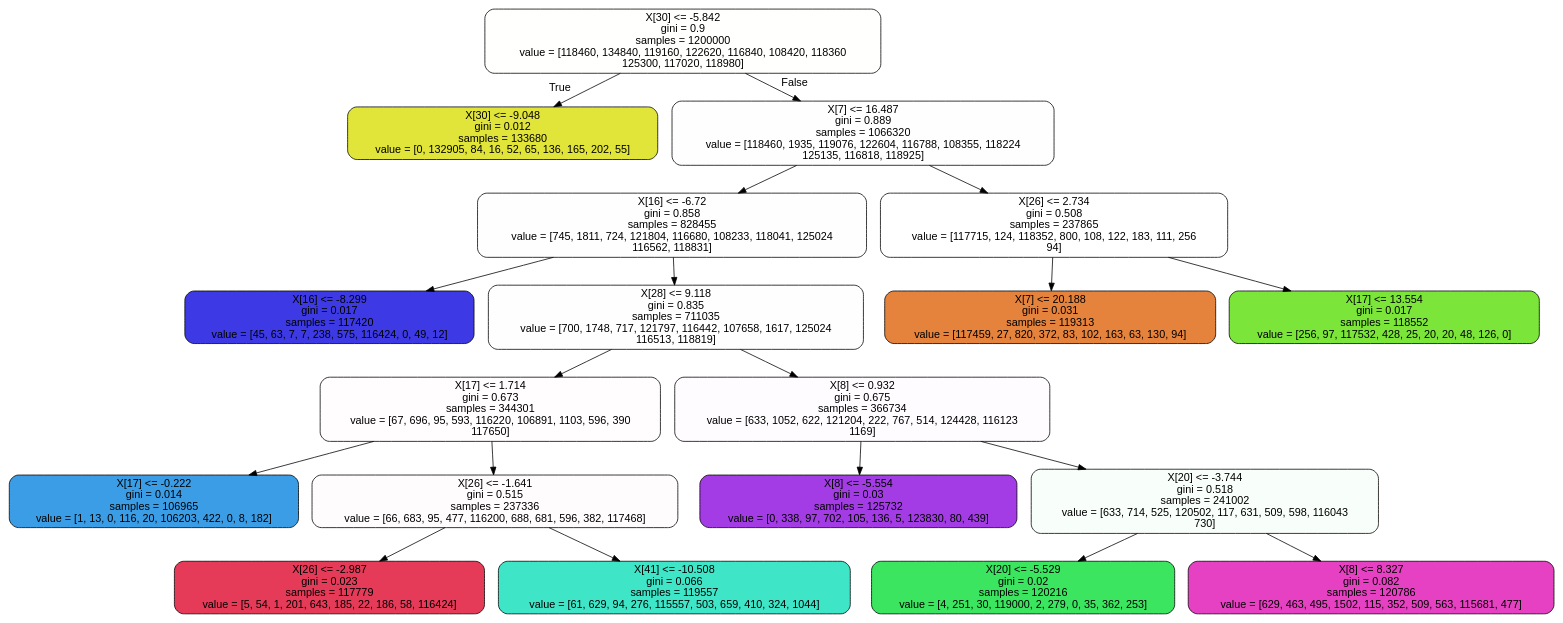
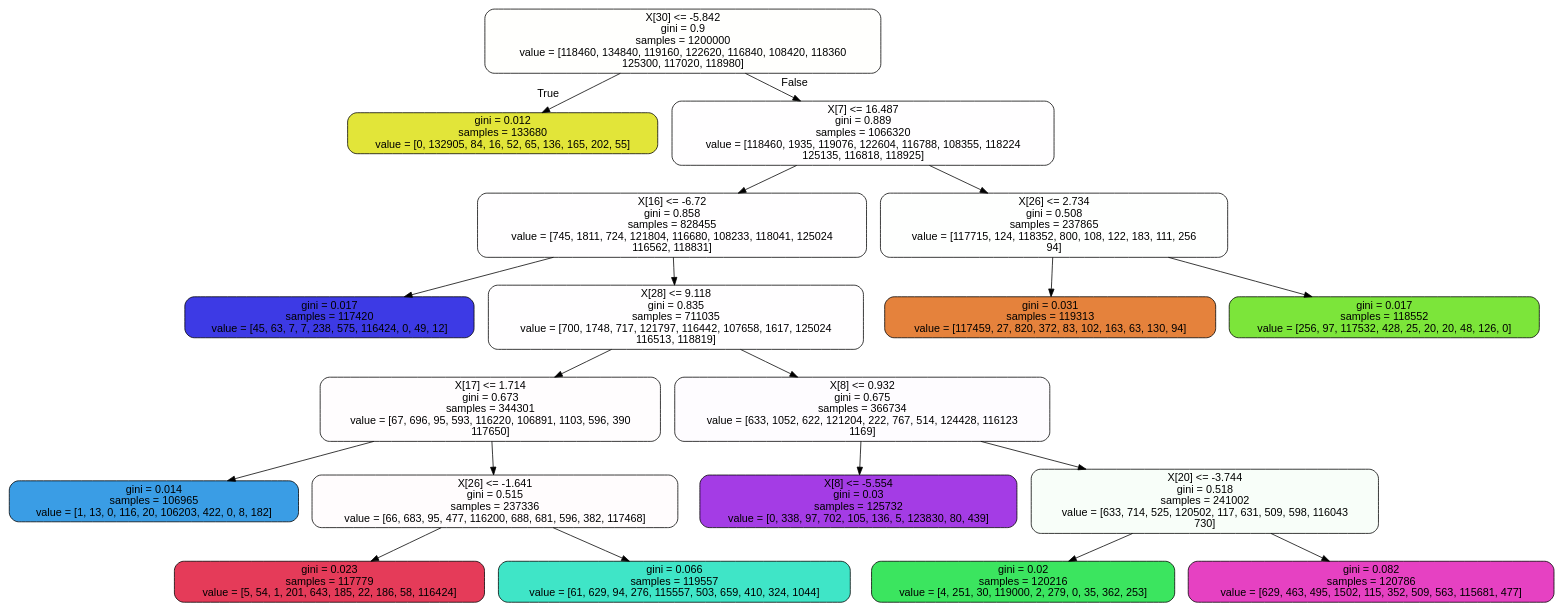
Before and after one commit to DrKwint/sounds-deep: the diagram in cpvae_mnist/ddt_trimmed_epoch238.dot, drawn with Graphviz. The commit also changed 1 other file, not shown here.

```diff
--- a/cpvae_mnist/ddt_trimmed_epoch238.dot
+++ b/cpvae_mnist/ddt_trimmed_epoch238.dot
@@ -1,41 +1,41 @@
 digraph Tree {
 node [shape=box, style="filled, rounded", color="black", fontname=helvetica] ;
 edge [fontname=helvetica] ;
 0 [label="X[30] <= -5.842\ngini = 0.9\nsamples = 1200000\nvalue = [118460, 134840, 119160, 122620, 116840, 108420, 118360\n125300, 117020, 118980]", fillcolor="#e2e53902"] ;
-1 [label="X[30] <= -9.048\ngini = 0.012\nsamples = 133680\nvalue = [0, 132905, 84, 16, 52, 65, 136, 165, 202, 55]", fillcolor="#e2e539fe"] ;
+1 [label="gini = 0.012\nsamples = 133680\nvalue = [0, 132905, 84, 16, 52, 65, 136, 165, 202, 55]", fillcolor="#e2e539fe"] ;
 0 -> 1 [labeldistance=2.5, labelangle=45, headlabel="True"] ;
 2 [label="X[7] <= 16.487\ngini = 0.889\nsamples = 1066320\nvalue = [118460, 1935, 119076, 122604, 116788, 108355, 118224\n125135, 116818, 118925]", fillcolor="#a339e501"] ;
 0 -> 2 [labeldistance=2.5, labelangle=-45, headlabel="False"] ;
 3 [label="X[16] <= -6.72\ngini = 0.858\nsamples = 828455\nvalue = [745, 1811, 724, 121804, 116680, 108233, 118041, 125024\n116562, 118831]", fillcolor="#a339e501"] ;
 2 -> 3 ;
-7 [label="X[16] <= -8.299\ngini = 0.017\nsamples = 117420\nvalue = [45, 63, 7, 7, 238, 575, 116424, 0, 49, 12]", fillcolor="#3c39e5fd"] ;
+7 [label="gini = 0.017\nsamples = 117420\nvalue = [45, 63, 7, 7, 238, 575, 116424, 0, 49, 12]", fillcolor="#3c39e5fd"] ;
 3 -> 7 ;
 8 [label="X[28] <= 9.118\ngini = 0.835\nsamples = 711035\nvalue = [700, 1748, 717, 121797, 116442, 107658, 1617, 125024\n116513, 118819]", fillcolor="#a339e501"] ;
 3 -> 8 ;
 9 [label="X[17] <= 1.714\ngini = 0.673\nsamples = 344301\nvalue = [67, 696, 95, 593, 116220, 106891, 1103, 596, 390\n117650]", fillcolor="#e5395802"] ;
 8 -> 9 ;
-15 [label="X[17] <= -0.222\ngini = 0.014\nsamples = 106965\nvalue = [1, 13, 0, 116, 20, 106203, 422, 0, 8, 182]", fillcolor="#399de5fd"] ;
+15 [label="gini = 0.014\nsamples = 106965\nvalue = [1, 13, 0, 116, 20, 106203, 422, 0, 8, 182]", fillcolor="#399de5fd"] ;
 9 -> 15 ;
 16 [label="X[26] <= -1.641\ngini = 0.515\nsamples = 237336\nvalue = [66, 683, 95, 477, 116200, 688, 681, 596, 382, 117468]", fillcolor="#e5395803"] ;
 9 -> 16 ;
-17 [label="X[26] <= -2.987\ngini = 0.023\nsamples = 117779\nvalue = [5, 54, 1, 201, 643, 185, 22, 186, 58, 116424]", fillcolor="#e53958fc"] ;
+17 [label="gini = 0.023\nsamples = 117779\nvalue = [5, 54, 1, 201, 643, 185, 22, 186, 58, 116424]", fillcolor="#e53958fc"] ;
 16 -> 17 ;
-18 [label="X[41] <= -10.508\ngini = 0.066\nsamples = 119557\nvalue = [61, 629, 94, 276, 115557, 503, 659, 410, 324, 1044]", fillcolor="#39e5c5f6"] ;
+18 [label="gini = 0.066\nsamples = 119557\nvalue = [61, 629, 94, 276, 115557, 503, 659, 410, 324, 1044]", fillcolor="#39e5c5f6"] ;
 16 -> 18 ;
 10 [label="X[8] <= 0.932\ngini = 0.675\nsamples = 366734\nvalue = [633, 1052, 622, 121204, 222, 767, 514, 124428, 116123\n1169]", fillcolor="#a339e503"] ;
 8 -> 10 ;
 11 [label="X[8] <= -5.554\ngini = 0.03\nsamples = 125732\nvalue = [0, 338, 97, 702, 105, 136, 5, 123830, 80, 439]", fillcolor="#a339e5fb"] ;
 10 -> 11 ;
 12 [label="X[20] <= -3.744\ngini = 0.518\nsamples = 241002\nvalue = [633, 714, 525, 120502, 117, 631, 509, 598, 116043\n730]", fillcolor="#39e55e09"] ;
 10 -> 12 ;
-13 [label="X[20] <= -5.529\ngini = 0.02\nsamples = 120216\nvalue = [4, 251, 30, 119000, 2, 279, 0, 35, 362, 253]", fillcolor="#39e55efc"] ;
+13 [label="gini = 0.02\nsamples = 120216\nvalue = [4, 251, 30, 119000, 2, 279, 0, 35, 362, 253]", fillcolor="#39e55efc"] ;
 12 -> 13 ;
-14 [label="X[8] <= 8.327\ngini = 0.082\nsamples = 120786\nvalue = [629, 463, 495, 1502, 115, 352, 509, 563, 115681, 477]", fillcolor="#e539c0f4"] ;
+14 [label="gini = 0.082\nsamples = 120786\nvalue = [629, 463, 495, 1502, 115, 352, 509, 563, 115681, 477]", fillcolor="#e539c0f4"] ;
 12 -> 14 ;
 4 [label="X[26] <= 2.734\ngini = 0.508\nsamples = 237865\nvalue = [117715, 124, 118352, 800, 108, 122, 183, 111, 256\n94]", fillcolor="#7be53901"] ;
 2 -> 4 ;
-5 [label="X[7] <= 20.188\ngini = 0.031\nsamples = 119313\nvalue = [117459, 27, 820, 372, 83, 102, 163, 63, 130, 94]", fillcolor="#e58139fb"] ;
+5 [label="gini = 0.031\nsamples = 119313\nvalue = [117459, 27, 820, 372, 83, 102, 163, 63, 130, 94]", fillcolor="#e58139fb"] ;
 4 -> 5 ;
-6 [label="X[17] <= 13.554\ngini = 0.017\nsamples = 118552\nvalue = [256, 97, 117532, 428, 25, 20, 20, 48, 126, 0]", fillcolor="#7be539fd"] ;
+6 [label="gini = 0.017\nsamples = 118552\nvalue = [256, 97, 117532, 428, 25, 20, 20, 48, 126, 0]", fillcolor="#7be539fd"] ;
 4 -> 6 ;
 }
```
